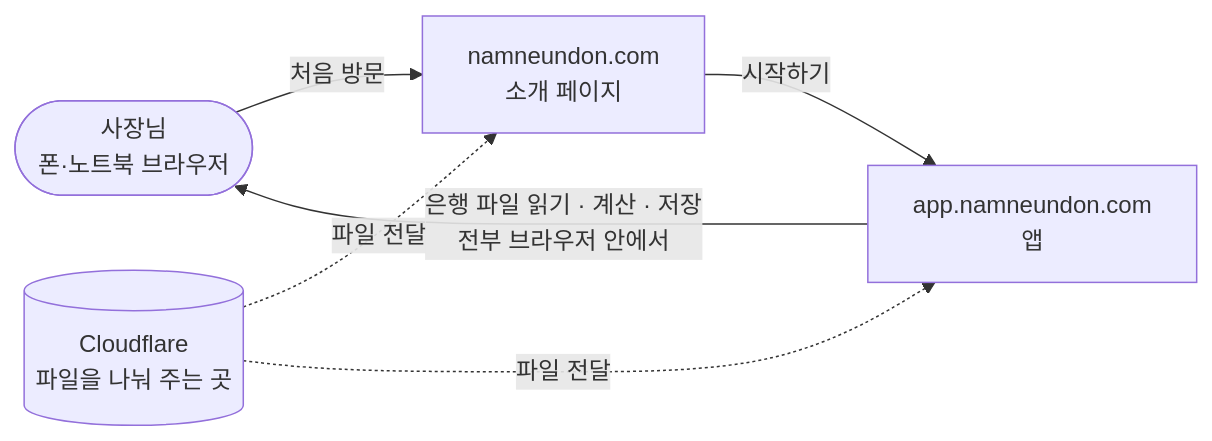
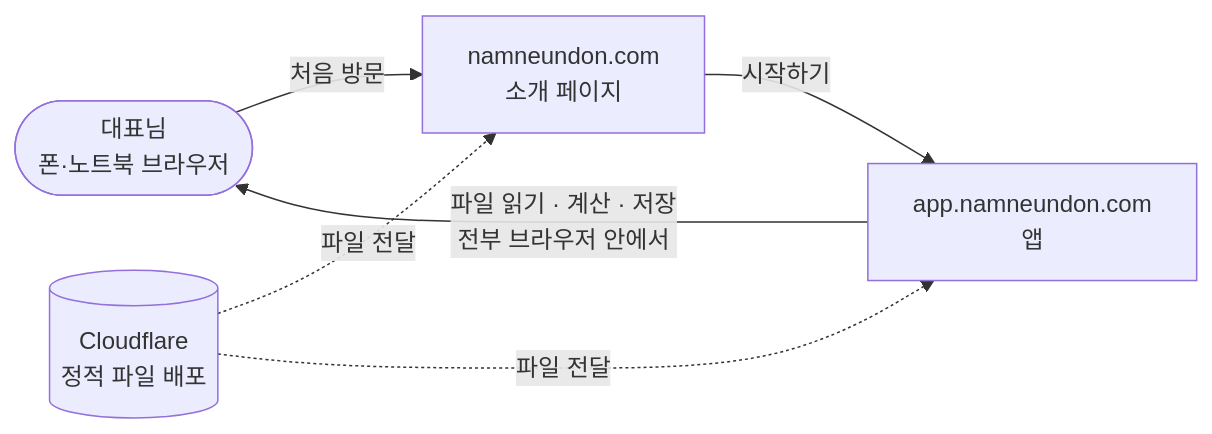
The diagram in README.md (melobron/namneundon-app), drawn with Mermaid before and after one commit. The commit also changed other lines of this file and 38 other files, not shown here.

````diff
--- a/README.md
+++ b/README.md
@@ -17,12 +20,12 @@
 ```mermaid
 flowchart LR
-    U(["사장님<br/>폰·노트북 브라우저"])
+    U(["대표님<br/>폰·노트북 브라우저"])
     L["namneundon.com<br/>소개 페이지"]
     A["app.namneundon.com<br/>앱"]
-    CF[("Cloudflare<br/>파일을 나눠 주는 곳")]
+    CF[("Cloudflare<br/>정적 파일 배포")]
     U -->|처음 방문| L
     L -->|시작하기| A
     CF -. 파일 전달 .-> L
     CF -. 파일 전달 .-> A
-    A -->|"은행 파일 읽기 · 계산 · 저장<br/>전부 브라우저 안에서"| U
+    A -->|"파일 읽기 · 계산 · 저장<br/>전부 브라우저 안에서"| U
 ```
````
